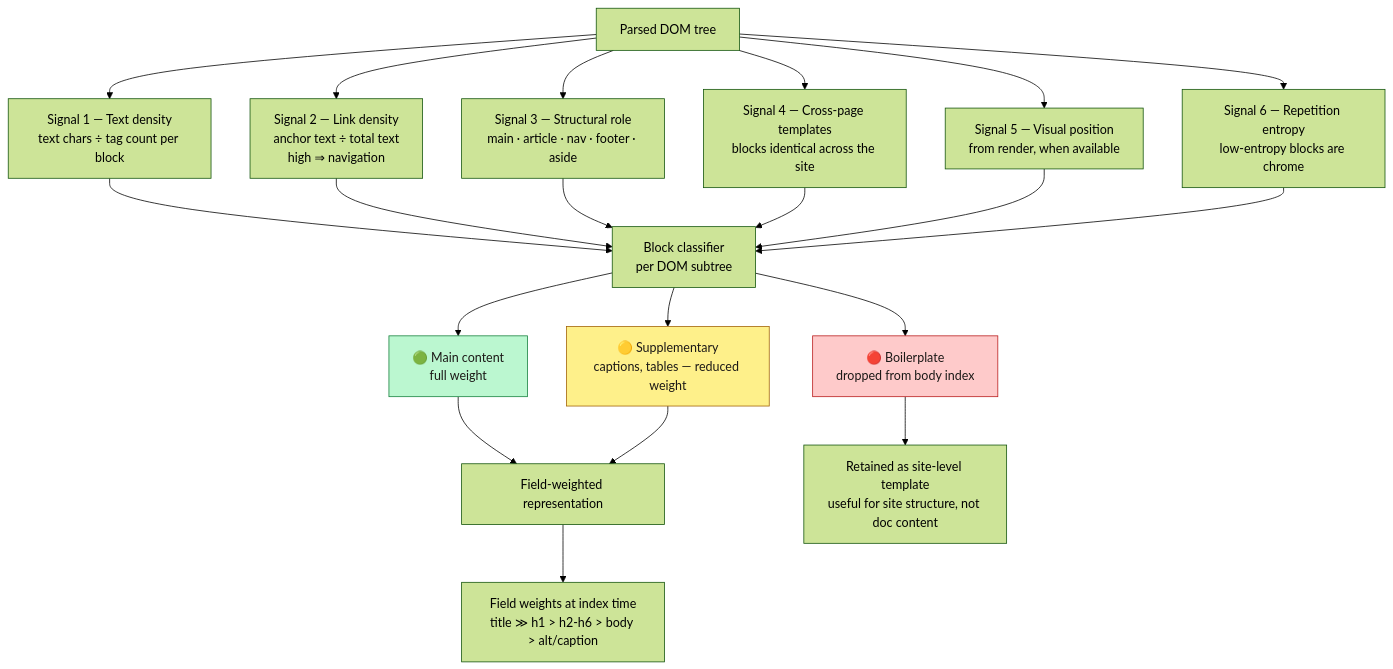
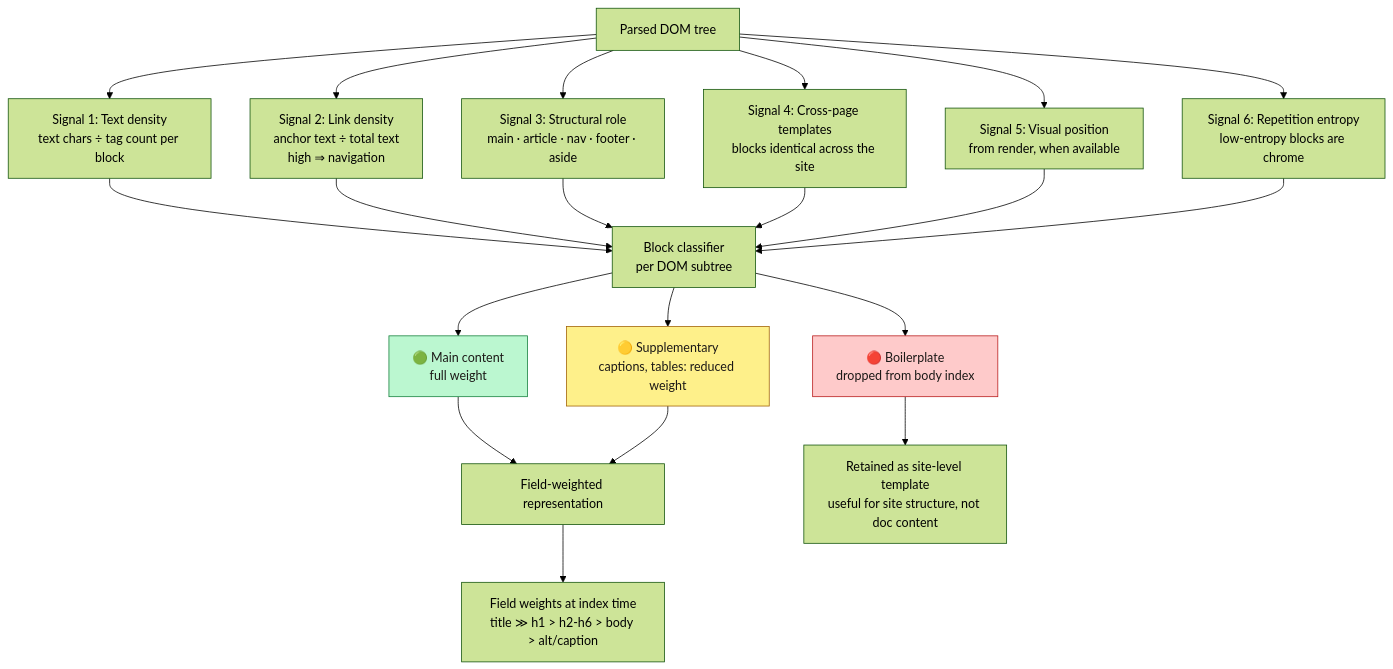
Before and after one commit to ahmedselimmansor-ctrl/google-search-system-design: the third of 6 diagrams in docs/en/05-content-processing.md, drawn with Mermaid (forest theme). The commit also changed other lines of this file and 89 other files, not shown here.

````diff
--- a/docs/en/05-content-processing.md
+++ b/docs/en/05-content-processing.md
@@ -125,30 +125,30 @@
 ```mermaid
 flowchart TB
     DOM["Parsed DOM tree"]
 
-    DOM --> B1["Signal 1 — Text density<br/>text chars ÷ tag count per block"]
-    DOM --> B2["Signal 2 — Link density<br/>anchor text ÷ total text<br/>high ⇒ navigation"]
-    DOM --> B3["Signal 3 — Structural role<br/>main · article · nav · footer · aside"]
-    DOM --> B4["Signal 4 — Cross-page templates<br/>blocks identical across the site"]
-    DOM --> B5["Signal 5 — Visual position<br/>from render, when available"]
-    DOM --> B6["Signal 6 — Repetition entropy<br/>low-entropy blocks are chrome"]
+    DOM --> B1["Signal 1: Text density<br/>text chars ÷ tag count per block"]
+    DOM --> B2["Signal 2: Link density<br/>anchor text ÷ total text<br/>high ⇒ navigation"]
+    DOM --> B3["Signal 3: Structural role<br/>main · article · nav · footer · aside"]
+    DOM --> B4["Signal 4: Cross-page templates<br/>blocks identical across the site"]
+    DOM --> B5["Signal 5: Visual position<br/>from render, when available"]
+    DOM --> B6["Signal 6: Repetition entropy<br/>low-entropy blocks are chrome"]
 
     B1 & B2 & B3 & B4 & B5 & B6 --> CLS["Block classifier<br/>per DOM subtree"]
 
     CLS --> MAIN["🟢 Main content<br/>full weight"]
-    CLS --> SUPP["🟡 Supplementary<br/>captions, tables — reduced weight"]
+    CLS --> SUPP["🟡 Supplementary<br/>captions, tables: reduced weight"]
     CLS --> CHROME["🔴 Boilerplate<br/>dropped from body index"]
 
     MAIN --> FIELDS["Field-weighted representation"]
     SUPP --> FIELDS
     CHROME --> SITE["Retained as site-level template<br/>useful for site structure, not doc content"]
 
     FIELDS --> W["Field weights at index time<br/>title ≫ h1 > h2-h6 > body > alt/caption"]
 
     classDef good fill:#bbf7d0,stroke:#15803d,color:#1c1917
     classDef mid fill:#fef08a,stroke:#a16207,color:#1c1917
     classDef drop fill:#fecaca,stroke:#b91c1c,color:#1c1917
     class MAIN good
     class SUPP mid
     class CHROME drop
 ```
````
